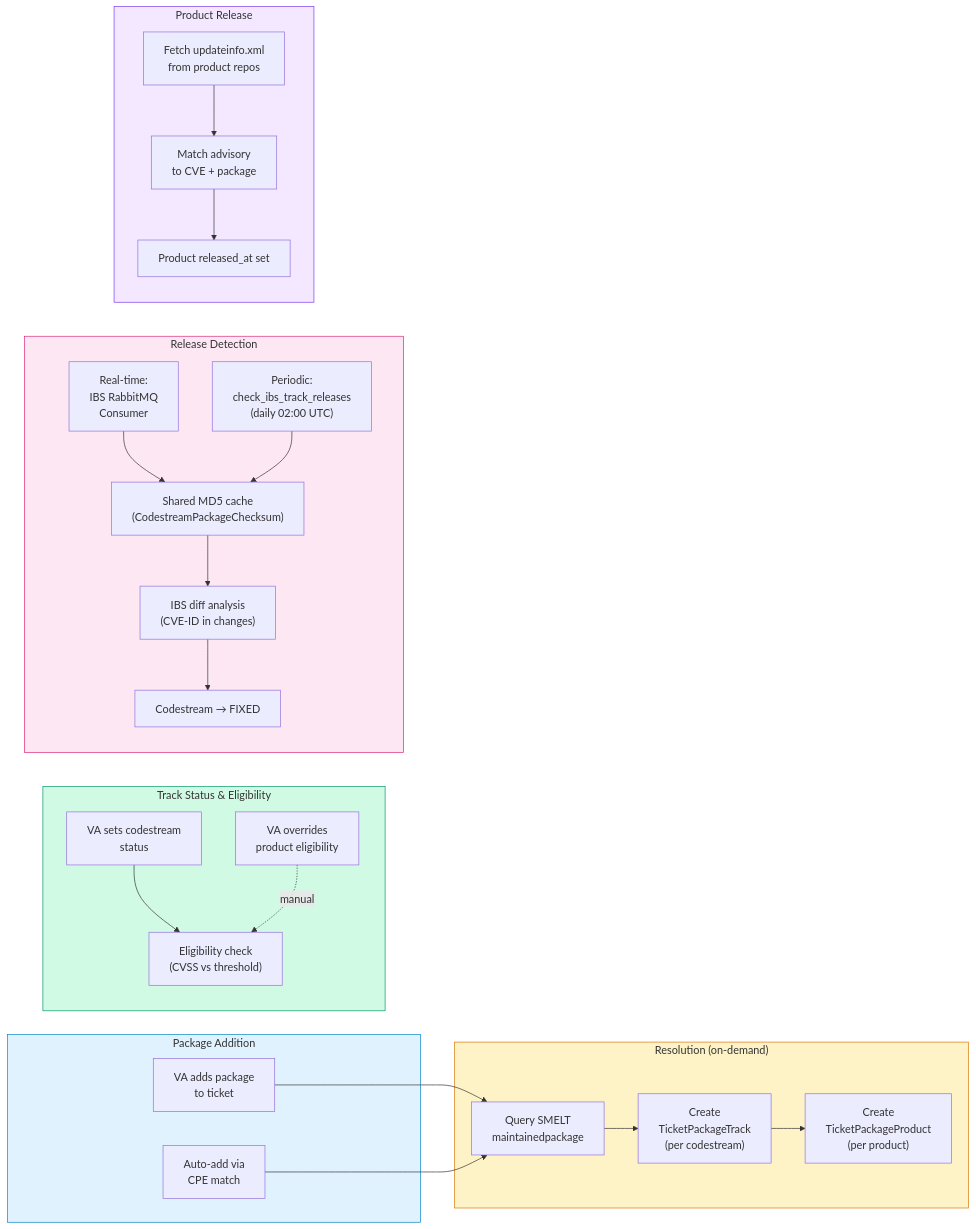
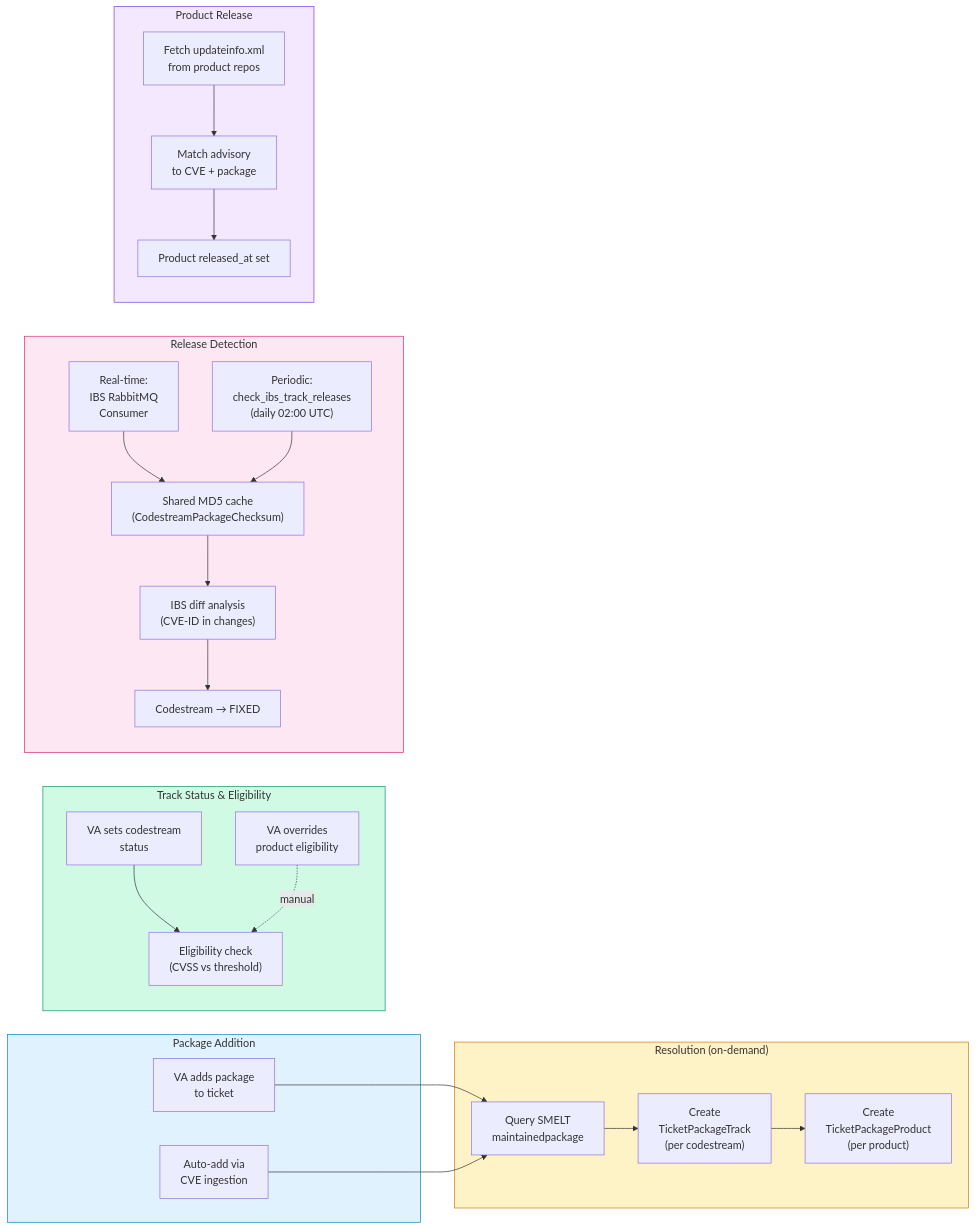
One commit to StayPirate/STAMP changed the fourth of 7 diagrams in docs/system-map.md. Above: the diagram before and after it, drawn with Mermaid. The commit also changed 9 other files, not shown here.

Commit message:
docs: expand package resolution sources in CVE ingestion pipeline

````diff
--- a/docs/system-map.md
+++ b/docs/system-map.md
@@ -484,54 +484,54 @@
 ```mermaid
 flowchart LR
     subgraph add_pkg["Package Addition"]
         VA_ADD["VA adds package<br/>to ticket"]
-        CPE_MATCH["Auto-add via<br/>CPE match"]
+        CPE_MATCH["Auto-add via<br/>CVE ingestion"]
     end
 
     subgraph resolve["Resolution (on-demand)"]
         SMELT_Q["Query SMELT<br/>maintainedpackage"]
         CREATE_CS["Create<br/>TicketPackageTrack<br/>(per codestream)"]
         CREATE_PR["Create<br/>TicketPackageProduct<br/>(per product)"]
     end
 
     subgraph status["Track Status & Eligibility"]
         VA_SET["VA sets codestream<br/>status"]
         ELIG["Eligibility check<br/>(CVSS vs threshold)"]
         ELIG_OVR["VA overrides<br/>product eligibility"]
     end
 
     subgraph release["Release Detection"]
         direction TB
         RT["Real-time:<br/>IBS RabbitMQ<br/>Consumer"]
         PERIODIC["Periodic:<br/>check_ibs_track_releases<br/>(daily 02:00 UTC)"]
         MD5["Shared MD5 cache<br/>(CodestreamPackageChecksum)"]
         DIFF["IBS diff analysis<br/>(CVE-ID in changes)"]
         CS_REL["Codestream → FIXED"]
 
         RT --> MD5
         PERIODIC --> MD5
         MD5 --> DIFF
         DIFF --> CS_REL
     end
 
     subgraph prod_release["Product Release"]
         UINFO["Fetch updateinfo.xml<br/>from product repos"]
         MATCH["Match advisory<br/>to CVE + package"]
         PR_REL["Product released_at set"]
 
         UINFO --> MATCH --> PR_REL
     end
 
     VA_ADD --> SMELT_Q
     CPE_MATCH --> SMELT_Q
     SMELT_Q --> CREATE_CS --> CREATE_PR
 
     VA_SET --> ELIG
     ELIG_OVR -.->|manual| ELIG
 
     style add_pkg fill:#e0f2fe,stroke:#0284c7
     style resolve fill:#fef3c7,stroke:#d97706
     style status fill:#d1fae5,stroke:#059669
     style release fill:#fce7f3,stroke:#db2777
     style prod_release fill:#f3e8ff,stroke:#7c3aed
 ```
````
